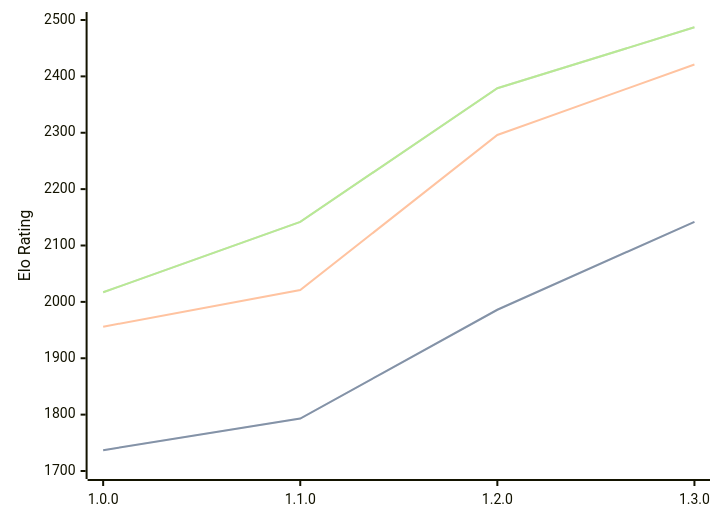
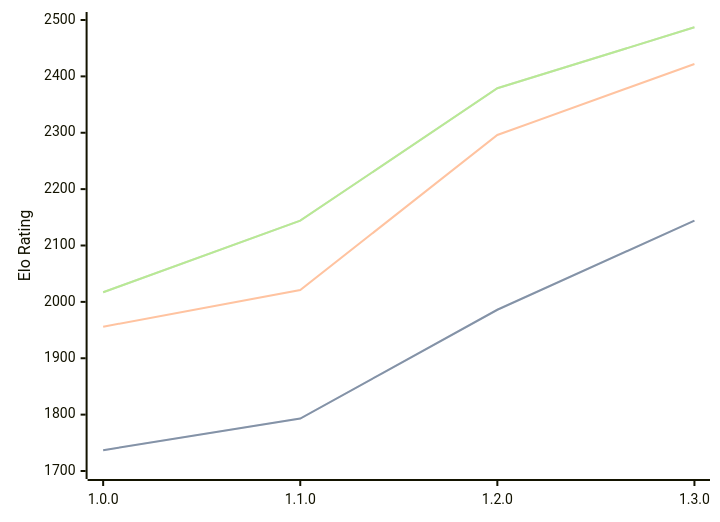
Before and after one commit to computer-chess-index/cci: the diagram in engines/Anodos.md, drawn with Mermaid. The commit also changed other lines of this file, not shown here.

Commit message:
Update CCI Ratings (ELO VLTC) - 2026-08-01

````diff
--- a/engines/Anodos.md
+++ b/engines/Anodos.md
@@ -45,11 +45,11 @@
 ```mermaid
 %%{init: {"theme":"base","themeVariables":{"seriesColors:['#a3a3a3','#222221','#faa371']}}}%%
 xychart-beta
   x-axis ["1.0.0", "1.1.0", "1.2.0", "1.3.0"]
   y-axis "Elo Rating" 1700 --> 2500
-  line "STC (8.0+0.08s)" [1737, 1793, 1986, 2142]
-  line "STC (8.0+0.08s)" [1737, 1793, 1986, 2142]
-  line "LTC (60.0+0.60s)" [1956, 2021, 2296, 2421]
-  line "VLTC (2m24s+1.12s)" [2017, 2142, 2379, 2487]
-  line "VLTC (2m24s+1.12s)" [2017, 2142, 2379, 2487]
+  line "STC (8.0+0.08s)" [1737, 1793, 1986, 2144]
+  line "STC (8.0+0.08s)" [1737, 1793, 1986, 2144]
+  line "LTC (60.0+0.60s)" [1956, 2021, 2296, 2422]
+  line "VLTC (2m24s+1.12s)" [2017, 2144, 2379, 2487]
+  line "VLTC (2m24s+1.12s)" [2017, 2144, 2379, 2487]
 ```
````
